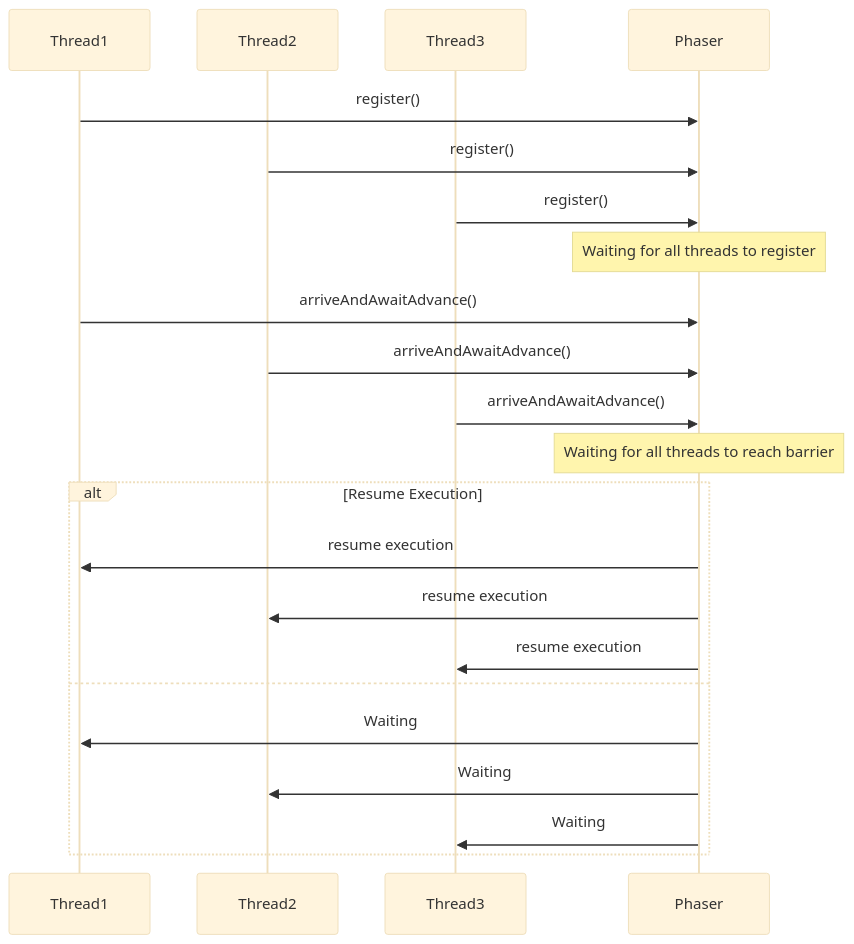
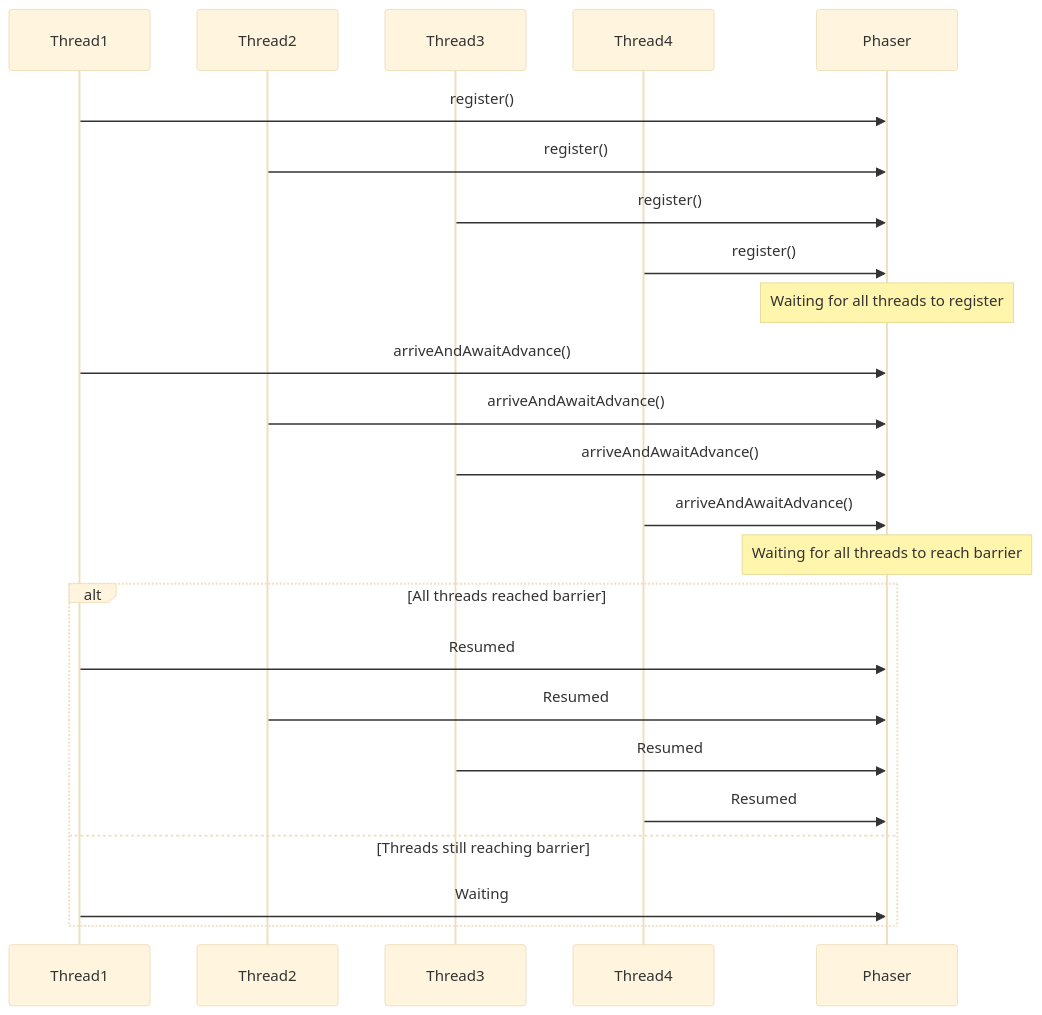
The fifth of 5 diagrams in src/com/turing/javase4thbatch/synchronizers/README.md (dtherhtun/Learning-Java), drawn with Mermaid (base theme) before and after one commit. The commit also changed other lines of this file, not shown here.

````diff
--- a/src/com/turing/javase4thbatch/synchronizers/README.md
+++ b/src/com/turing/javase4thbatch/synchronizers/README.md
@@ -103,29 +159,32 @@
 ```mermaid
 sequenceDiagram
     participant Thread1
     participant Thread2
     participant Thread3
+    participant Thread4
     participant Phaser
 
     Thread1->>Phaser: register()
     Thread2->>Phaser: register()
     Thread3->>Phaser: register()
+    Thread4->>Phaser: register()
 
     Note over Phaser: Waiting for all threads to register
 
     Thread1->>Phaser: arriveAndAwaitAdvance()
     Thread2->>Phaser: arriveAndAwaitAdvance()
     Thread3->>Phaser: arriveAndAwaitAdvance()
+    Thread4->>Phaser: arriveAndAwaitAdvance()
 
     Note over Phaser: Waiting for all threads to reach barrier
 
-    alt Resume Execution
-        Phaser->>Thread1: resume execution
-        Phaser->>Thread2: resume execution
-        Phaser->>Thread3: resume execution
-    else
-        Phaser->>Thread1: Waiting
-        Phaser->>Thread2: Waiting
-        Phaser->>Thread3: Waiting
+    alt All threads reached barrier
+        Thread1->>Phaser: Resumed
+        Thread2->>Phaser: Resumed
+        Thread3->>Phaser: Resumed
+        Thread4->>Phaser: Resumed
+    else Threads still reaching barrier
+        Thread1->>Phaser: Waiting
     end
+
 ```
````
